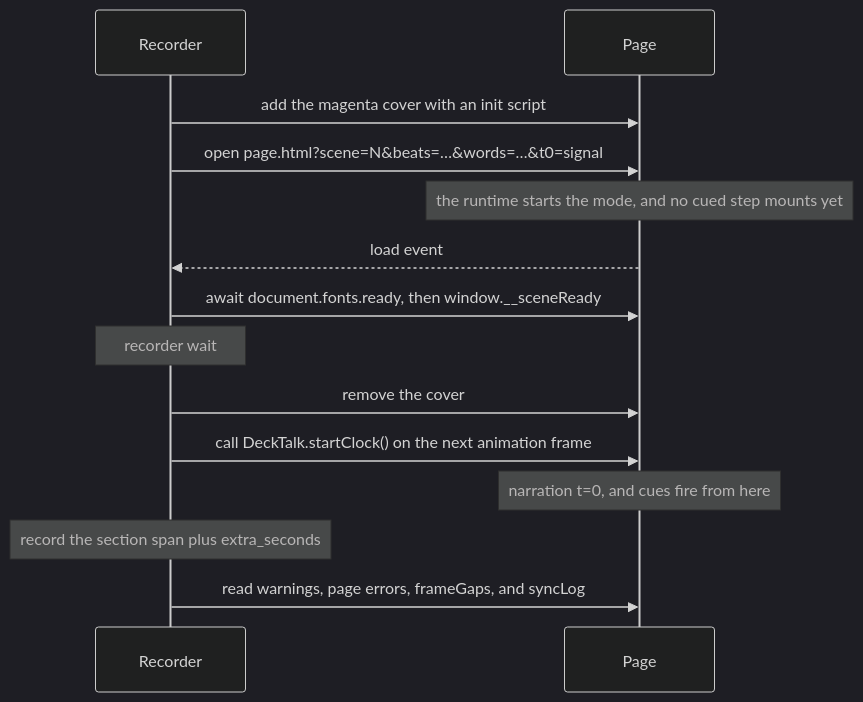
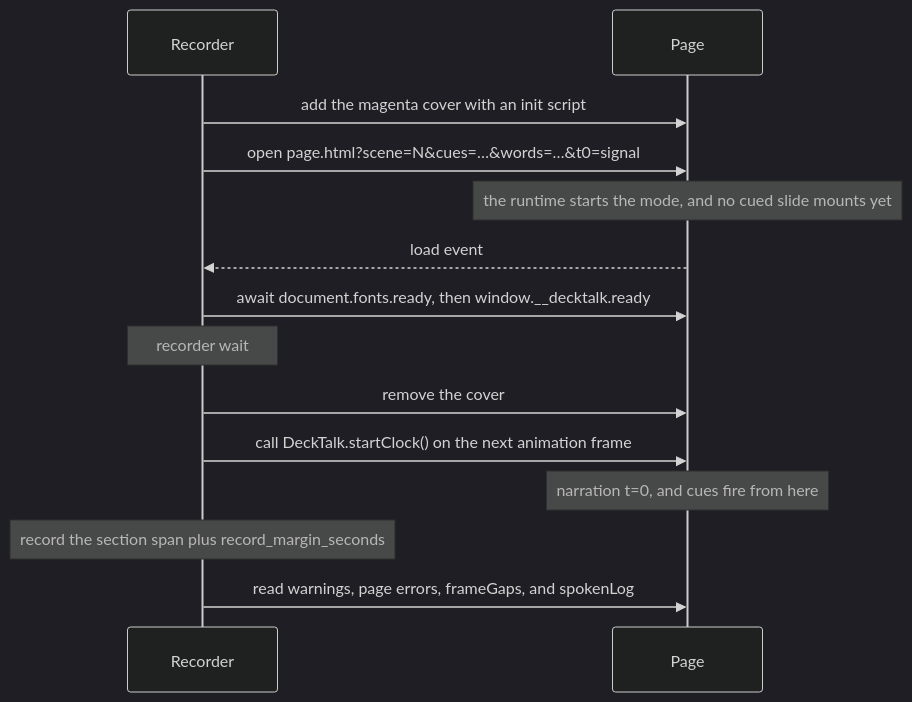
Before and after one commit to jacobcbeaudin/decktalk: the diagram in docs/concepts/page-contract.mdx, drawn with Mermaid (dark theme). The commit also changed other lines of this file and 106 other files, not shown here.

````diff
--- a/docs/concepts/page-contract.mdx
+++ b/docs/concepts/page-contract.mdx
@@ -48,16 +48,16 @@
 ```mermaid
 sequenceDiagram
     participant R as Recorder
     participant P as Page
     R->>P: add the magenta cover with an init script
-    R->>P: open page.html?scene=N&beats=…&words=…&t0=signal
-    Note over P: the runtime starts the mode, and no cued step mounts yet
+    R->>P: open page.html?scene=N&cues=…&words=…&t0=signal
+    Note over P: the runtime starts the mode, and no cued slide mounts yet
     P-->>R: load event
-    R->>P: await document.fonts.ready, then window.__sceneReady
+    R->>P: await document.fonts.ready, then window.__decktalk.ready
     Note over R: recorder wait
     R->>P: remove the cover
     R->>P: call DeckTalk.startClock() on the next animation frame
     Note over P: narration t=0, and cues fire from here
-    Note over R: record the section span plus extra_seconds
-    R->>P: read warnings, page errors, frameGaps, and syncLog
+    Note over R: record the section span plus record_margin_seconds
+    R->>P: read warnings, page errors, frameGaps, and spokenLog
 ```
````
